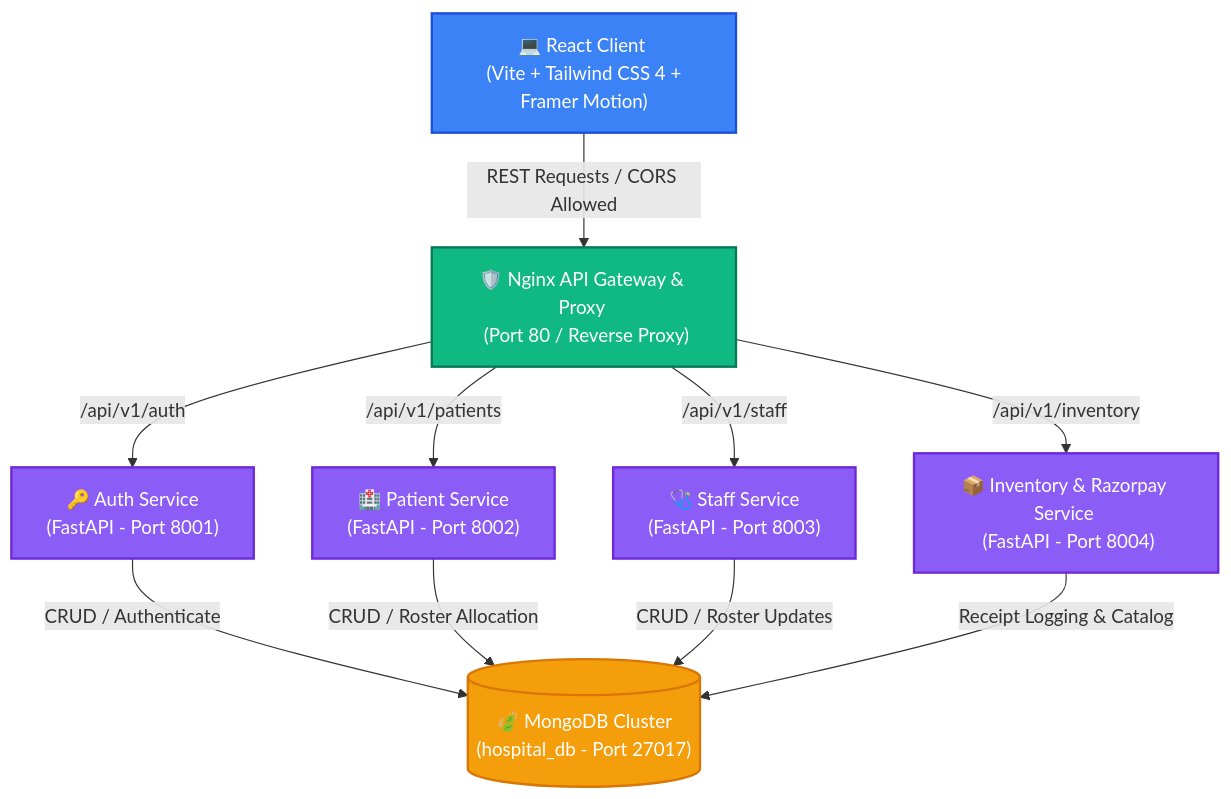
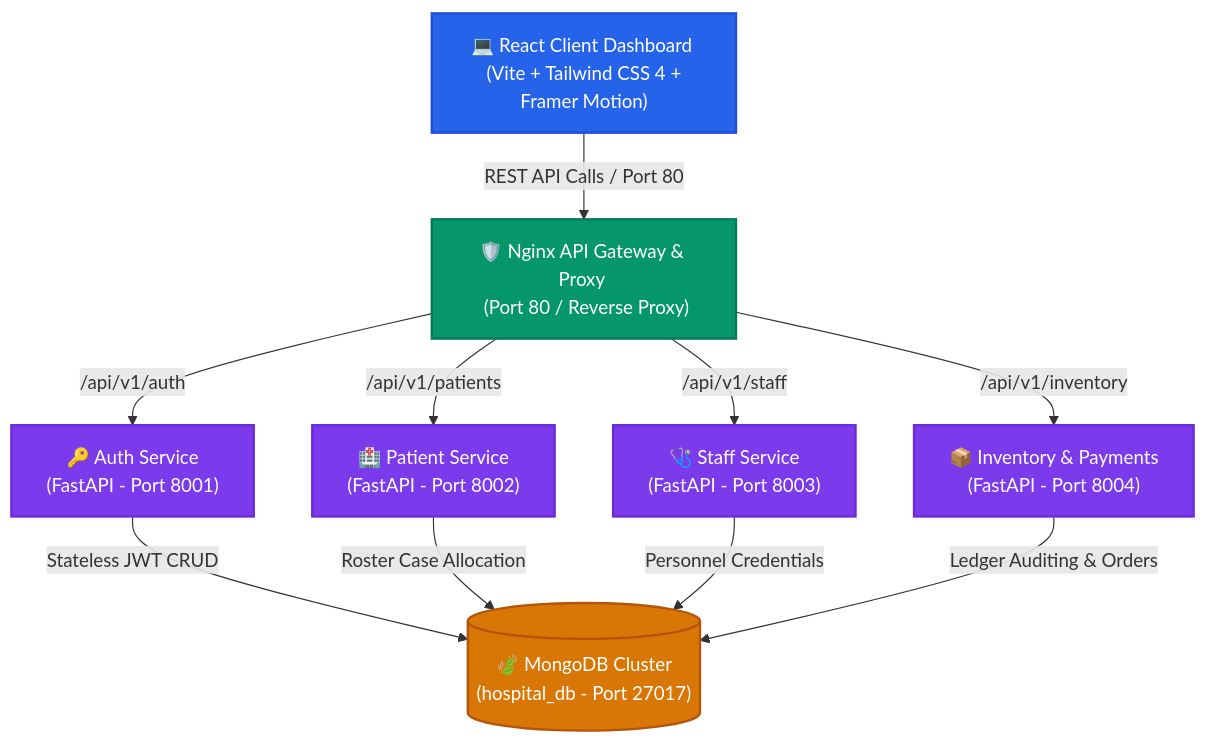
Before and after one commit to Seplestr/hospital-management-system: the first of 4 diagrams in SYSTEM_ARCHITECTURE.md, drawn with Mermaid. The commit also changed other lines of this file, not shown here.

Commit message:
docs: Upgrade SYSTEM_ARCHITECTURE.md to enterprise-grade system specification

````diff
--- a/SYSTEM_ARCHITECTURE.md
+++ b/SYSTEM_ARCHITECTURE.md
@@ -23,31 +11,31 @@
 ```mermaid
 graph TD
     %% Styling Nodes
-    classDef client fill:#3b82f6,stroke:#1d4ed8,stroke-width:2px,color:#fff;
-    classDef gateway fill:#10b981,stroke:#047857,stroke-width:2px,color:#fff;
-    classDef service fill:#8b5cf6,stroke:#6d28d9,stroke-width:2px,color:#fff;
-    classDef db fill:#f59e0b,stroke:#d97706,stroke-width:2px,color:#fff;
+    classDef client fill:#2563eb,stroke:#1d4ed8,stroke-width:2px,color:#fff;
+    classDef gateway fill:#059669,stroke:#047857,stroke-width:2px,color:#fff;
+    classDef service fill:#7c3aed,stroke:#6d28d9,stroke-width:2px,color:#fff;
+    classDef db fill:#d97706,stroke:#b45309,stroke-width:2px,color:#fff;
 
-    Client["💻 React Client <br/> (Vite + Tailwind CSS 4 + Framer Motion)"]:::client
+    Client["💻 React Client Dashboard <br/> (Vite + Tailwind CSS 4 + Framer Motion)"]:::client
     Nginx["🛡️ Nginx API Gateway & Proxy <br/> (Port 80 / Reverse Proxy)"]:::gateway
     
     Auth["🔑 Auth Service <br/> (FastAPI - Port 8001)"]:::service
     Patient["🏥 Patient Service <br/> (FastAPI - Port 8002)"]:::service
     Staff["🩺 Staff Service <br/> (FastAPI - Port 8003)"]:::service
-    Inventory["📦 Inventory & Razorpay Service <br/> (FastAPI - Port 8004)"]:::service
+    Inventory["📦 Inventory & Payments <br/> (FastAPI - Port 8004)"]:::service
 
     MongoDB[("🍃 MongoDB Cluster <br/> (hospital_db - Port 27017)")]:::db
 
     %% Relationships
-    Client -->|REST Requests / CORS Allowed| Nginx
+    Client -->|REST API Calls / Port 80| Nginx
     
     Nginx -->|/api/v1/auth| Auth
     Nginx -->|/api/v1/patients| Patient
     Nginx -->|/api/v1/staff| Staff
     Nginx -->|/api/v1/inventory| Inventory
 
-    Auth -->|CRUD / Authenticate| MongoDB
-    Patient -->|CRUD / Roster Allocation| MongoDB
-    Staff -->|CRUD / Roster Updates| MongoDB
-    Inventory -->|Receipt Logging & Catalog| MongoDB
+    Auth -->|Stateless JWT CRUD| MongoDB
+    Patient -->|Roster Case Allocation| MongoDB
+    Staff -->|Personnel Credentials| MongoDB
+    Inventory -->|Ledger Auditing & Orders| MongoDB
 ```
````
